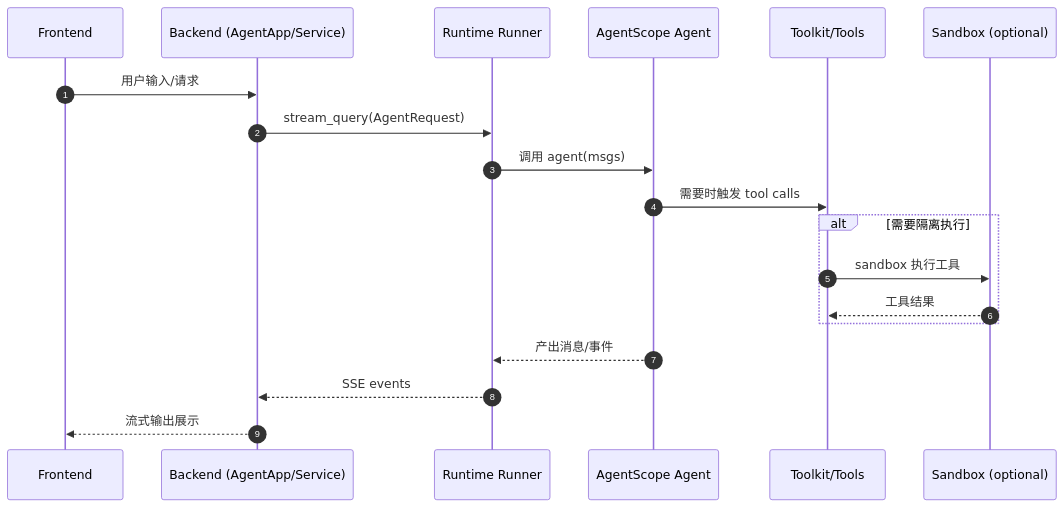
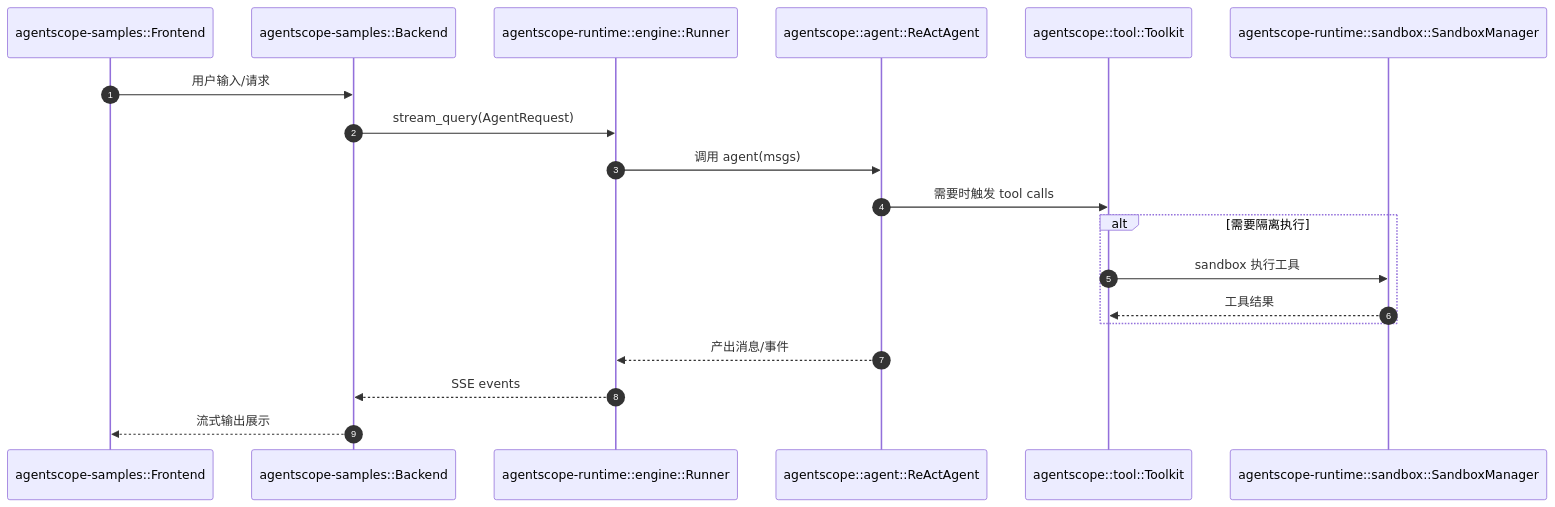
One commit to a2903214/agentscope-learning changed the third of 3 diagrams in docs/agentscope-codebase/50-agentscope-samples/overall_design.zh-CN.md. Above: the diagram before and after it, drawn with Mermaid. The commit also changed other lines of this file and 8 other files, not shown here.

Commit message:
更新文档：完善整体设计与模块结构分析，增加时序图与模块调用关系图，采用模块::参与者形式标注参与者来源。涉及内容包括 agentscope、agentscope-runtime、agentscope-studio、agentscope-spark-design 和 agentscope-samples 的代码结构与功能描述。

````diff
--- a/docs/agentscope-codebase/50-agentscope-samples/overall_design.zh-CN.md
+++ b/docs/agentscope-codebase/50-agentscope-samples/overall_design.zh-CN.md
@@ -47,22 +103,22 @@
 ```mermaid
 sequenceDiagram
   autonumber
-  participant UI as Frontend
-  participant BE as Backend (AgentApp/Service)
-  participant RT as Runtime Runner
-  participant AG as AgentScope Agent
-  participant TK as Toolkit/Tools
-  participant SB as Sandbox (optional)
+  participant UI as agentscope-samples::Frontend
+  participant BE as agentscope-samples::Backend
+  participant RT as agentscope-runtime::engine::Runner
+  participant AG as agentscope::agent::ReActAgent
+  participant TK as agentscope::tool::Toolkit
+  participant SB as agentscope-runtime::sandbox::SandboxManager
 
   UI->>BE: 用户输入/请求
   BE->>RT: stream_query(AgentRequest)
   RT->>AG: 调用 agent(msgs)
   AG->>TK: 需要时触发 tool calls
   alt 需要隔离执行
     TK->>SB: sandbox 执行工具
     SB-->>TK: 工具结果
   end
   AG-->>RT: 产出消息/事件
   RT-->>BE: SSE events
   BE-->>UI: 流式输出展示
 ```
````
